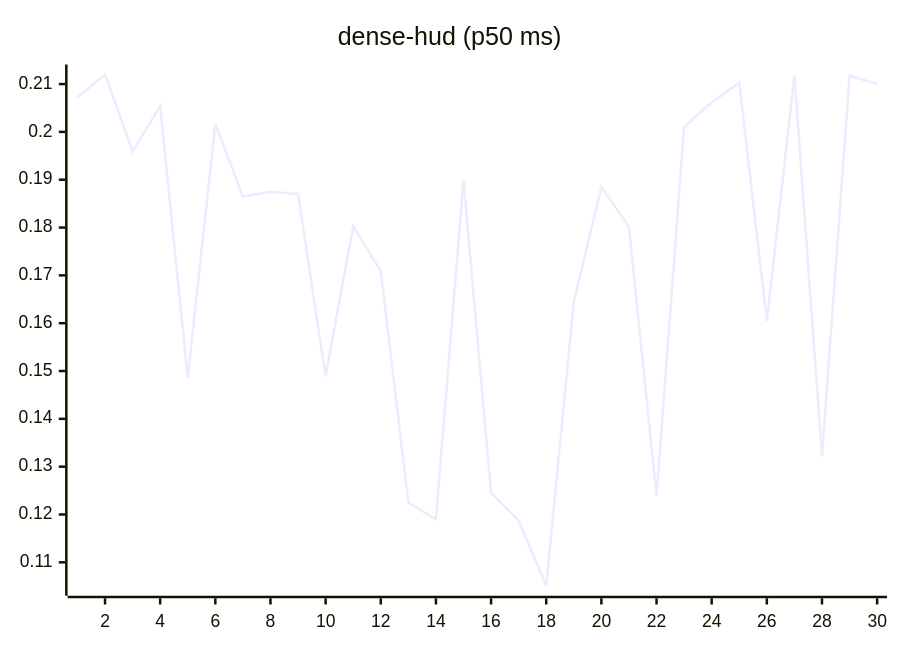
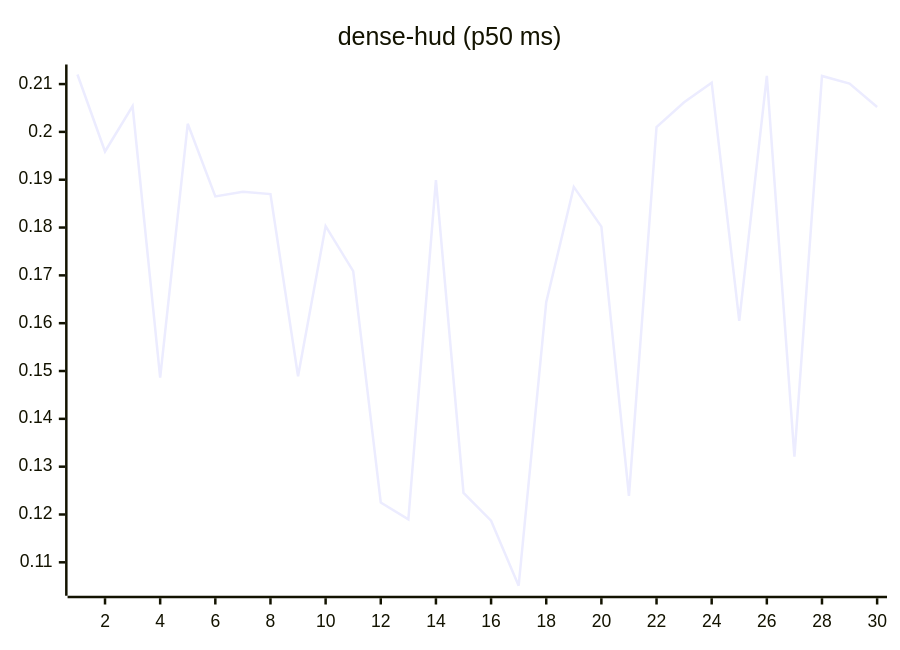
One commit to josha/Facet changed the eighth of 27 diagrams in README.md. Above: the diagram before and after it, drawn with Mermaid. The commit also changed other lines of this file and 2 other files, not shown here.

````diff
--- a/README.md
+++ b/README.md
@@ -112,6 +112,6 @@
 ```mermaid
 xychart-beta
     title "dense-hud (p50 ms)"
     x-axis 1 --> 30
-    line [0.2072, 0.2120, 0.1959, 0.2054, 0.1486, 0.2017, 0.1865, 0.1875, 0.1870, 0.1489, 0.1803, 0.1709, 0.1225, 0.1190, 0.1899, 0.1245, 0.1187, 0.1051, 0.1644, 0.1885, 0.1802, 0.1239, 0.2010, 0.2062, 0.2103, 0.1605, 0.2117, 0.1321, 0.2117, 0.2101]
+    line [0.2120, 0.1959, 0.2054, 0.1486, 0.2017, 0.1865, 0.1875, 0.1870, 0.1489, 0.1803, 0.1709, 0.1225, 0.1190, 0.1899, 0.1245, 0.1187, 0.1051, 0.1644, 0.1885, 0.1802, 0.1239, 0.2010, 0.2062, 0.2103, 0.1605, 0.2117, 0.1321, 0.2117, 0.2101, 0.2052]
 ```
````
